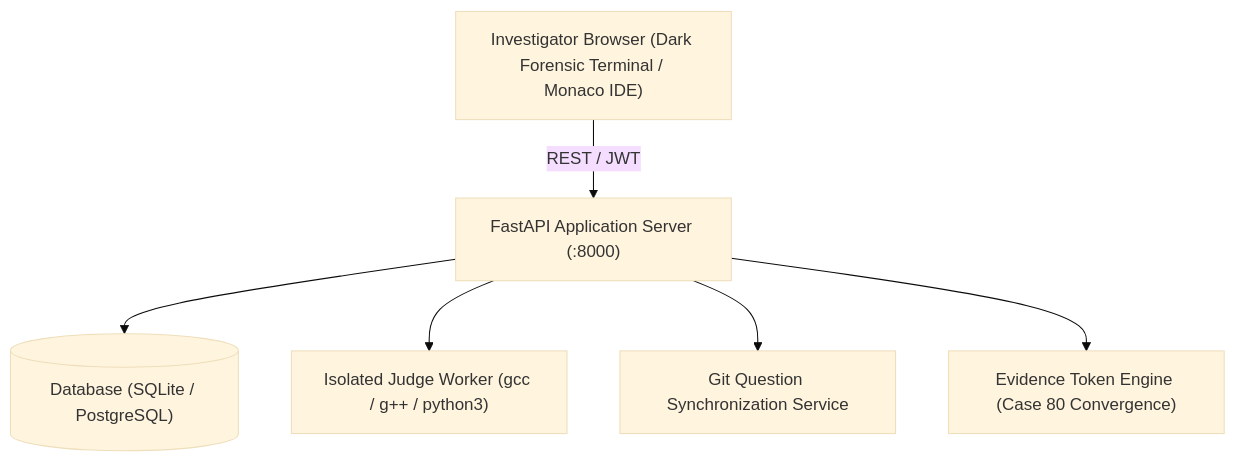
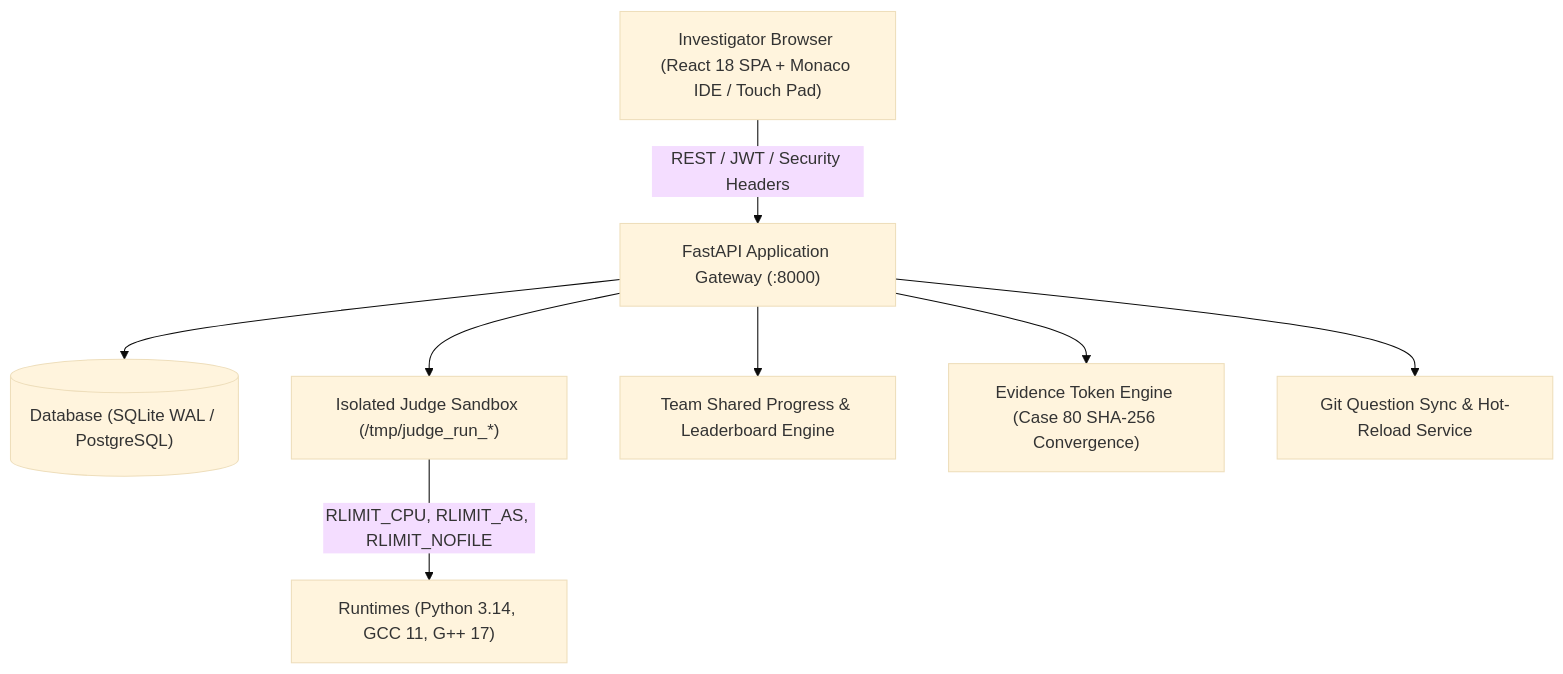
Before and after one commit to rddharun1089/cyberanzen-platfrom: the diagram in README.md, drawn with Mermaid (base theme). The commit also changed other lines of this file and 5 other files, not shown here.

Commit message:
docs: add comprehensive README with complete platform architecture, default credentials, 80 cases, hosting guides, and updated production frontend build

````diff
--- a/README.md
+++ b/README.md
@@ -16,8 +49,10 @@
 ```mermaid
 flowchart TD
-    Client["Investigator Browser (Dark Forensic Terminal / Monaco IDE)"] -->|REST / JWT| FastAPIServer["FastAPI Application Server (:8000)"]
-    FastAPIServer --> DB[("Database (SQLite / PostgreSQL)")]
-    FastAPIServer --> JudgeWorker["Isolated Judge Worker (gcc / g++ / python3)"]
-    FastAPIServer --> GitService["Git Question Synchronization Service"]
-    FastAPIServer --> TokenEngine["Evidence Token Engine (Case 80 Convergence)"]
+    Client["Investigator Browser (React 18 SPA + Monaco IDE / Touch Pad)"] -->|REST / JWT / Security Headers| API["FastAPI Application Gateway (:8000)"]
+    API --> DB[("Database (SQLite WAL / PostgreSQL)")]
+    API --> Sandbox["Isolated Judge Sandbox (/tmp/judge_run_*)"]
+    Sandbox -->|RLIMIT_CPU, RLIMIT_AS, RLIMIT_NOFILE| Runtimes["Runtimes (Python 3.14, GCC 11, G++ 17)"]
+    API --> Teams["Team Shared Progress & Leaderboard Engine"]
+    API --> EvidenceEngine["Evidence Token Engine (Case 80 SHA-256 Convergence)"]
+    API --> GitService["Git Question Sync & Hot-Reload Service"]
 ```
````
